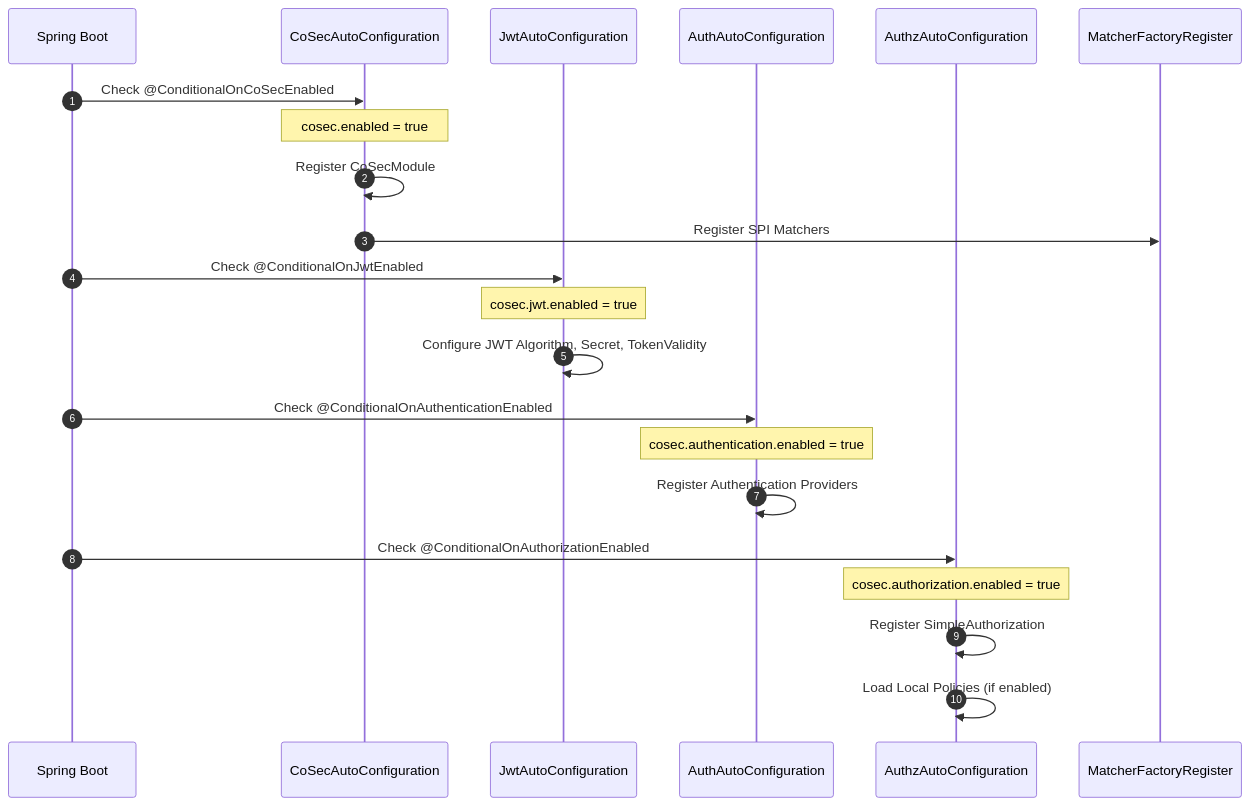
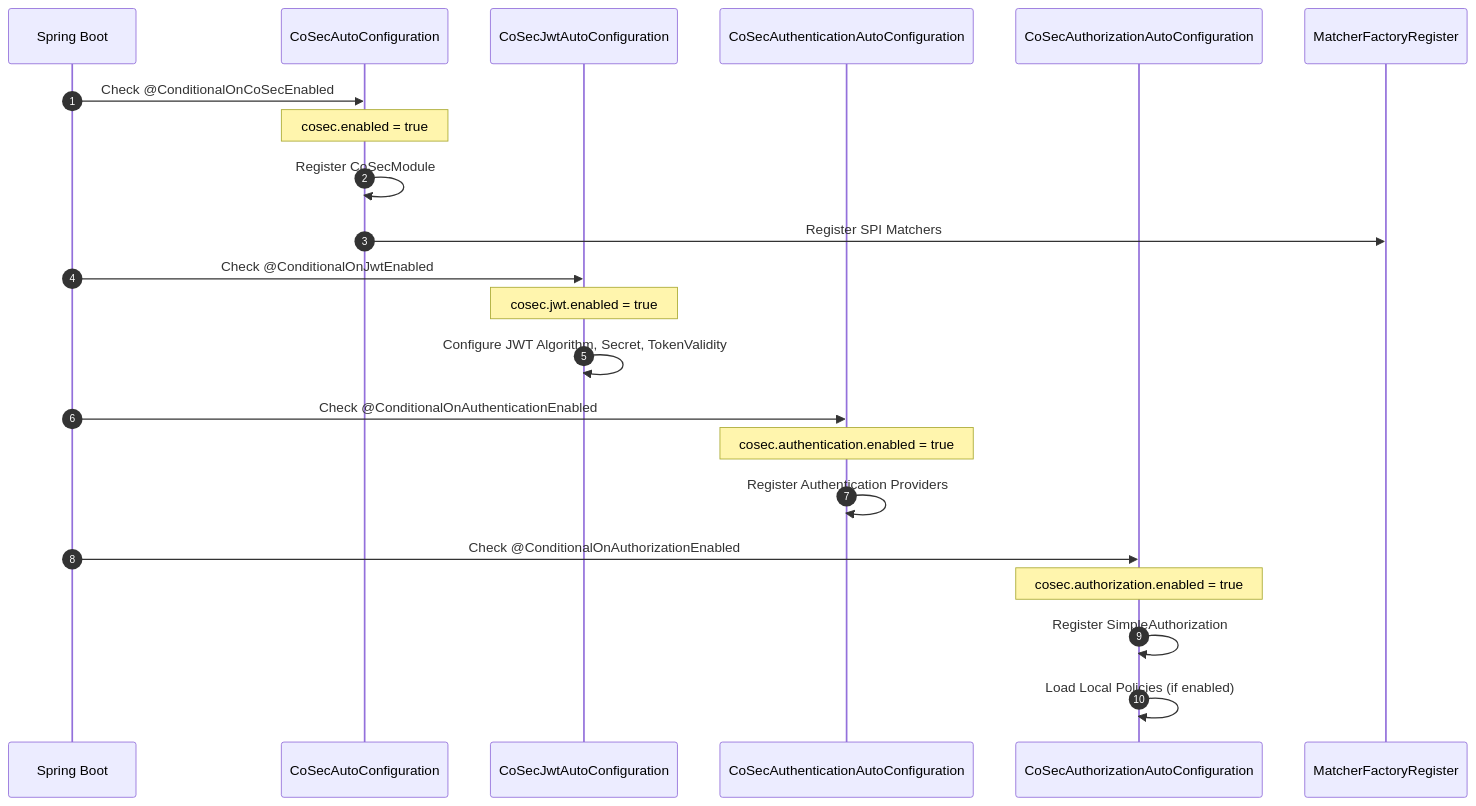
One commit to Ahoo-Wang/CoSec changed the second of 3 diagrams in wiki/getting-started/configuration.md. Above: the diagram before and after it, drawn with Mermaid. The commit also changed other lines of this file and 59 other files, not shown here.

````diff
--- a/wiki/getting-started/configuration.md
+++ b/wiki/getting-started/configuration.md
@@ -150,31 +164,31 @@
 ```mermaid
 sequenceDiagram
     autonumber
     participant SB as Spring Boot
     participant CA as CoSecAutoConfiguration
-    participant JA as JwtAutoConfiguration
-    participant AA as AuthAutoConfiguration
-    participant AZ as AuthzAutoConfiguration
+    participant JA as CoSecJwtAutoConfiguration
+    participant AA as CoSecAuthenticationAutoConfiguration
+    participant AZ as CoSecAuthorizationAutoConfiguration
     participant MA as MatcherFactoryRegister
 
     SB->>CA: Check @ConditionalOnCoSecEnabled
     Note over CA: cosec.enabled = true
     CA->>CA: Register CoSecModule
     CA->>MA: Register SPI Matchers
 
     SB->>JA: Check @ConditionalOnJwtEnabled
     Note over JA: cosec.jwt.enabled = true
     JA->>JA: Configure JWT Algorithm, Secret, TokenValidity
 
     SB->>AA: Check @ConditionalOnAuthenticationEnabled
     Note over AA: cosec.authentication.enabled = true
     AA->>AA: Register Authentication Providers
 
     SB->>AZ: Check @ConditionalOnAuthorizationEnabled
     Note over AZ: cosec.authorization.enabled = true
     AZ->>AZ: Register SimpleAuthorization
     AZ->>AZ: Load Local Policies (if enabled)
 
 
 
 ```
````
